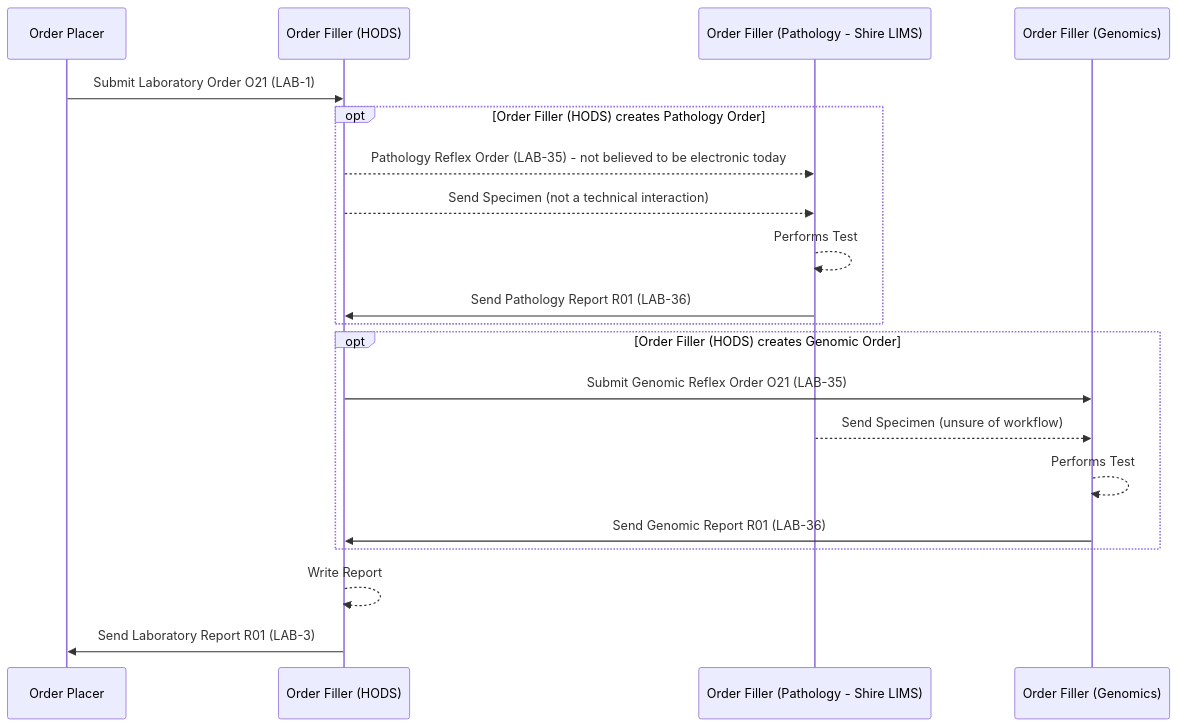
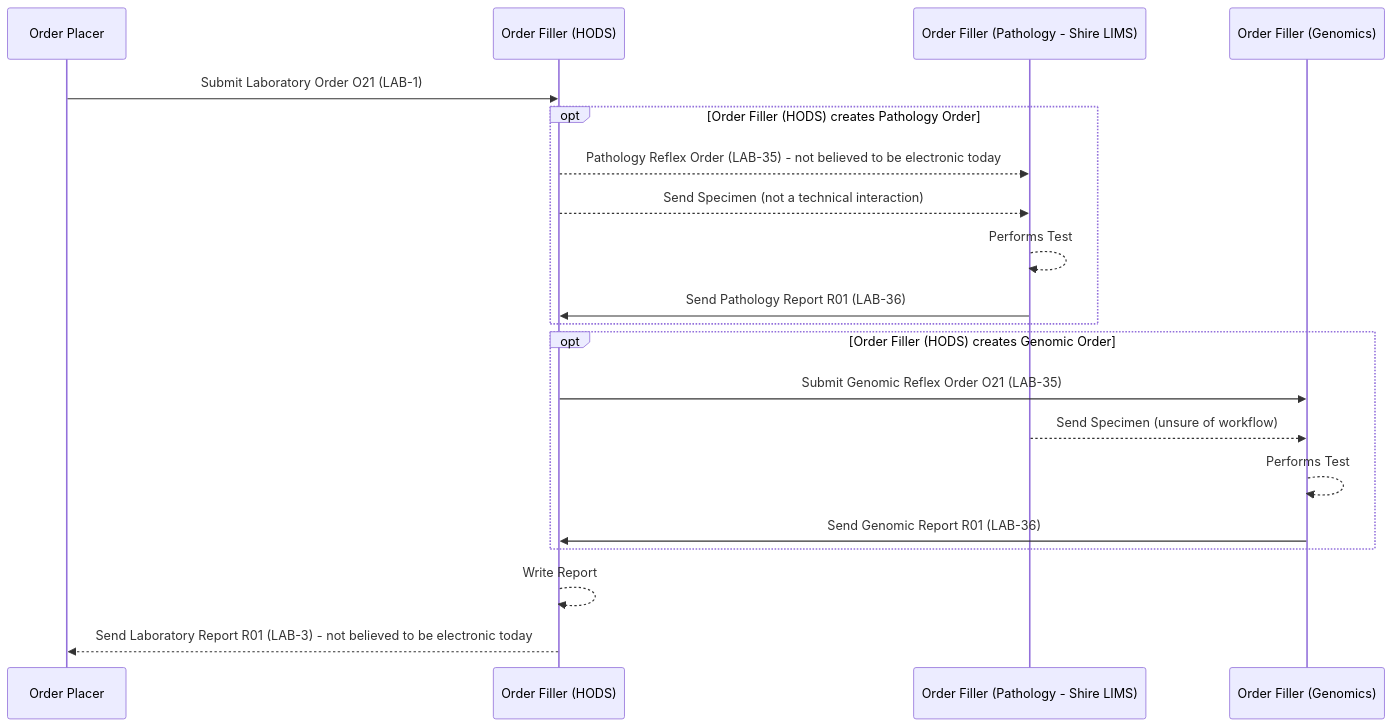
One commit to nw-gmsa/nw-gmsa.github.com changed the second of 2 diagrams in input/pagecontent/HaematoOncologyPathway.md. Above: the diagram before and after it, drawn with Mermaid. The commit also changed other lines of this file, not shown here.

First line of the commit message:
Correct HODS combined report (LAB-3) as not believed to be electronic

````diff
--- a/input/pagecontent/HaematoOncologyPathway.md
+++ b/input/pagecontent/HaematoOncologyPathway.md
@@ -87,32 +96,32 @@
 ```mermaid
 sequenceDiagram
 
 
 participant EPR as Order Placer
 participant LIMS as Order Filler (HODS)
 participant LIMSP as Order Filler (Pathology - Shire LIMS)
 participant LIMSG as Order Filler (Genomics)
 
 
 EPR ->> LIMS: Submit Laboratory Order O21 (LAB-1)
 
 opt Order Filler (HODS) creates Pathology Order
 
 
     LIMS -->> LIMSP: Pathology Reflex Order (LAB-35) - not believed to be electronic today
     LIMS -->> LIMSP: Send Specimen (not a technical interaction)
     LIMSP -->> LIMSP : Performs Test
     LIMSP ->> LIMS: Send Pathology Report R01 (LAB-36)
 end
 
 opt Order Filler (HODS) creates Genomic Order
 
    
     LIMS ->> LIMSG: Submit Genomic Reflex Order O21 (LAB-35)
     LIMSP -->> LIMSG: Send Specimen (unsure of workflow)
     LIMSG -->> LIMSG : Performs Test
     LIMSG ->> LIMS: Send Genomic Report R01 (LAB-36)
 end
 LIMS -->> LIMS: Write Report
-LIMS ->> EPR: Send Laboratory Report R01 (LAB-3)
+LIMS -->> EPR: Send Laboratory Report R01 (LAB-3) - not believed to be electronic today
 ```
````
